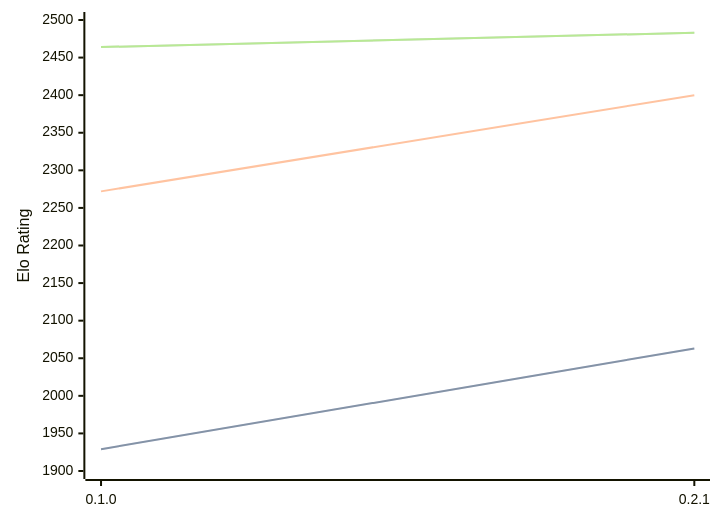
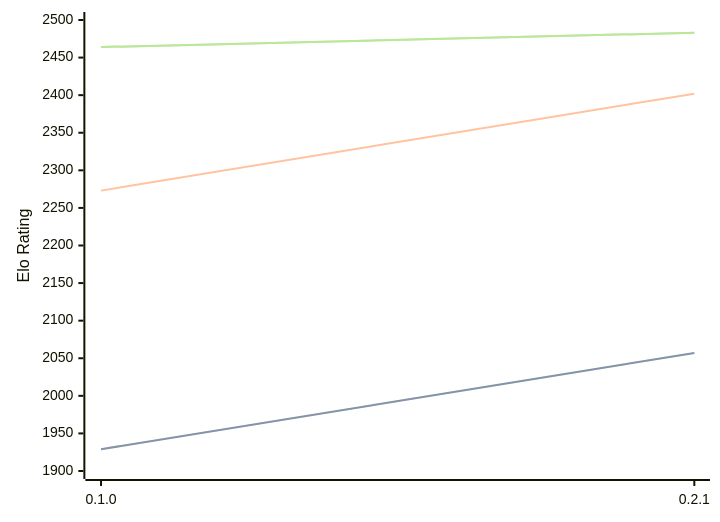
One commit to computer-chess-index/cci changed the diagram in engines/Sykora.md. Above: the diagram before and after it, drawn with Mermaid. The commit also changed other lines of this file, not shown here.

````diff
--- a/engines/Sykora.md
+++ b/engines/Sykora.md
@@ -33,11 +33,11 @@
 ```mermaid
 %%{init: {"theme":"base","themeVariables":{"seriesColors:['#a3a3a3','#222221','#faa371']}}}%%
 xychart-beta
   x-axis ["0.1.0", "0.2.1"]
   y-axis "Elo Rating" 1900 --> 2500
-  line "STC (8.0+0.08s)" [1929, 2063]
-  line "STC (8.0+0.08s)" [1929, 2063]
-  line "LTC (60.0+0.60s)" [2272, 2400]
+  line "STC (8.0+0.08s)" [1929, 2057]
+  line "STC (8.0+0.08s)" [1929, 2057]
+  line "LTC (60.0+0.60s)" [2273, 2402]
   line "VLTC (2m24s+1.12s)" [2464, 2483]
   line "VLTC (2m24s+1.12s)" [2464, 2483]
 ```
````
